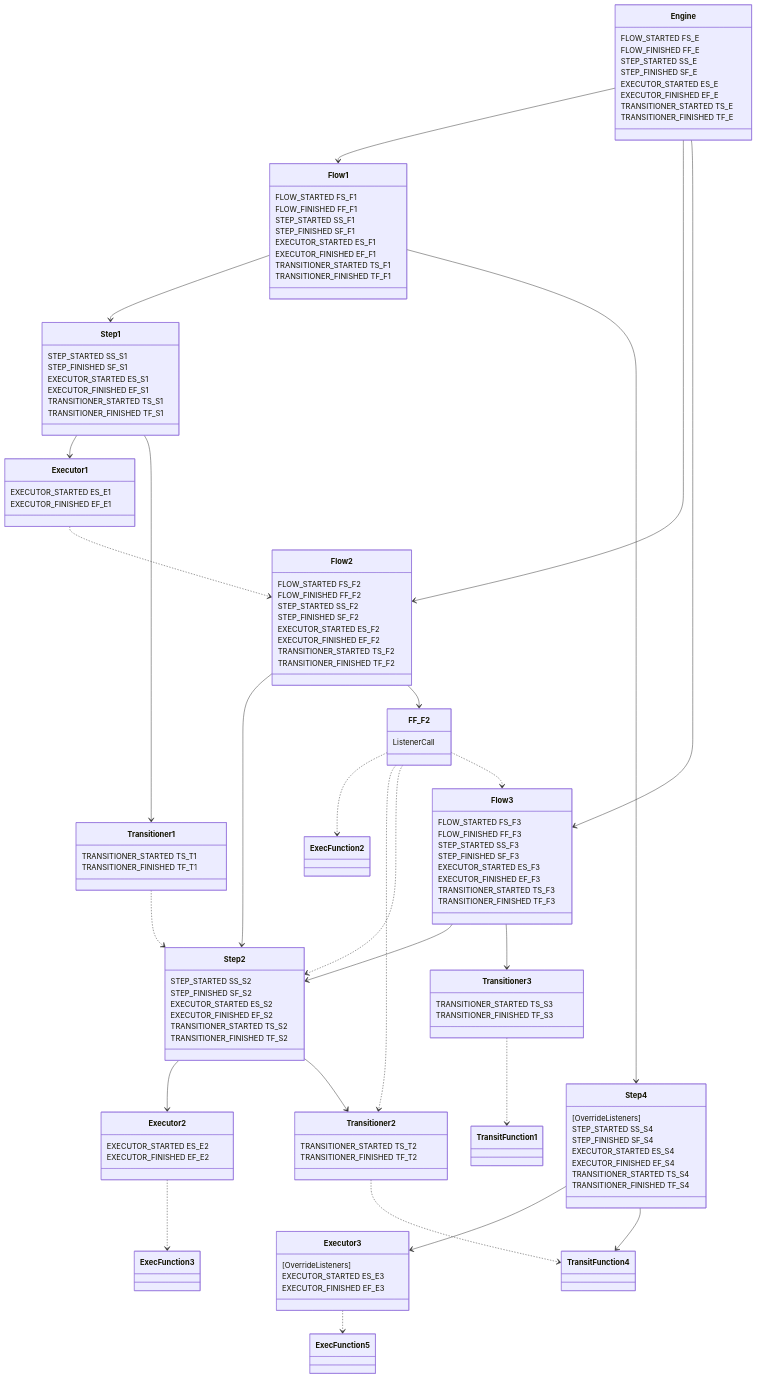
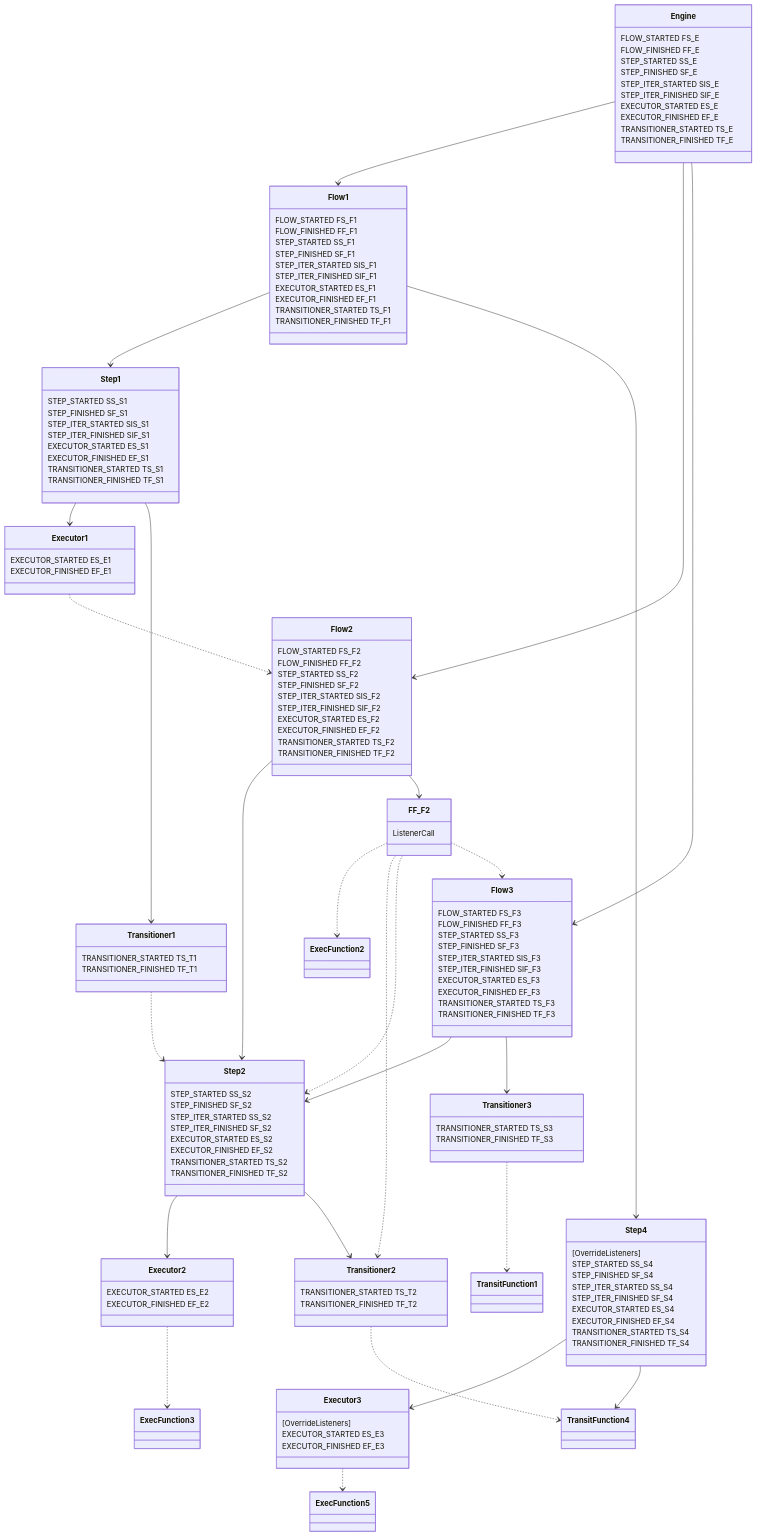
The third of 6 diagrams in Docs/Functions and Listener Projection with examples.md (codekrolik2/Werk2), drawn with Mermaid before and after one commit. The commit also changed other lines of this file and 14 other files, not shown here.

```diff
--- a/Docs/Functions and Listener Projection with examples.md
+++ b/Docs/Functions and Listener Projection with examples.md
@@ -78,6 +78,8 @@
 Engine : FLOW_FINISHED FF_E
 Engine : STEP_STARTED SS_E
 Engine : STEP_FINISHED SF_E
+Engine : STEP_ITER_STARTED SIS_E
+Engine : STEP_ITER_FINISHED SIF_E
 Engine : EXECUTOR_STARTED ES_E
 Engine : EXECUTOR_FINISHED EF_E
 Engine : TRANSITIONER_STARTED TS_E
@@ -88,6 +90,8 @@
 Flow1 : FLOW_FINISHED FF_F1
 Flow1 : STEP_STARTED SS_F1
 Flow1 : STEP_FINISHED SF_F1
+Flow1 : STEP_ITER_STARTED SIS_F1
+Flow1 : STEP_ITER_FINISHED SIF_F1
 Flow1 : EXECUTOR_STARTED ES_F1
 Flow1 : EXECUTOR_FINISHED EF_F1
 Flow1 : TRANSITIONER_STARTED TS_F1
@@ -98,6 +102,8 @@
 Flow2 : FLOW_FINISHED FF_F2
 Flow2 : STEP_STARTED SS_F2
 Flow2 : STEP_FINISHED SF_F2
+Flow2 : STEP_ITER_STARTED SIS_F2
+Flow2 : STEP_ITER_FINISHED SIF_F2
 Flow2 : EXECUTOR_STARTED ES_F2
 Flow2 : EXECUTOR_FINISHED EF_F2
 Flow2 : TRANSITIONER_STARTED TS_F2
@@ -108,6 +114,8 @@
 Flow3 : FLOW_FINISHED FF_F3
 Flow3 : STEP_STARTED SS_F3
 Flow3 : STEP_FINISHED SF_F3
+Flow3 : STEP_ITER_STARTED SIS_F3
+Flow3 : STEP_ITER_FINISHED SIF_F3
 Flow3 : EXECUTOR_STARTED ES_F3
 Flow3 : EXECUTOR_FINISHED EF_F3
 Flow3 : TRANSITIONER_STARTED TS_F3
@@ -116,6 +124,8 @@
 class Step1
 Step1 : STEP_STARTED SS_S1
 Step1 : STEP_FINISHED SF_S1
+Step1 : STEP_ITER_STARTED SIS_S1
+Step1 : STEP_ITER_FINISHED SIF_S1
 Step1 : EXECUTOR_STARTED ES_S1
 Step1 : EXECUTOR_FINISHED EF_S1
 Step1 : TRANSITIONER_STARTED TS_S1
@@ -124,6 +134,8 @@
 class Step2
 Step2 : STEP_STARTED SS_S2
 Step2 : STEP_FINISHED SF_S2
+Step2 : STEP_ITER_STARTED SS_S2
+Step2 : STEP_ITER_FINISHED SF_S2
 Step2 : EXECUTOR_STARTED ES_S2
 Step2 : EXECUTOR_FINISHED EF_S2
 Step2 : TRANSITIONER_STARTED TS_S2
@@ -137,6 +149,8 @@
 Step4 : [OverrideListeners]
 Step4 : STEP_STARTED SS_S4
 Step4 : STEP_FINISHED SF_S4
+Step4 : STEP_ITER_STARTED SS_S4
+Step4 : STEP_ITER_FINISHED SF_S4
 Step4 : EXECUTOR_STARTED ES_S4
 Step4 : EXECUTOR_FINISHED EF_S4
 Step4 : TRANSITIONER_STARTED TS_S4
```
